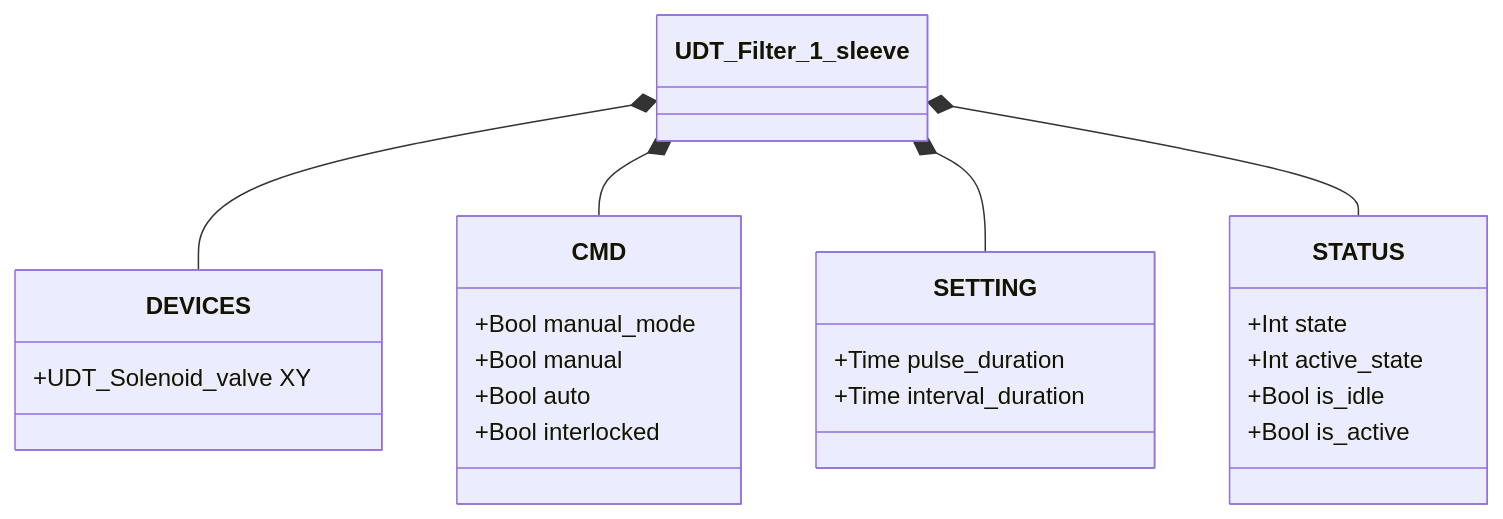
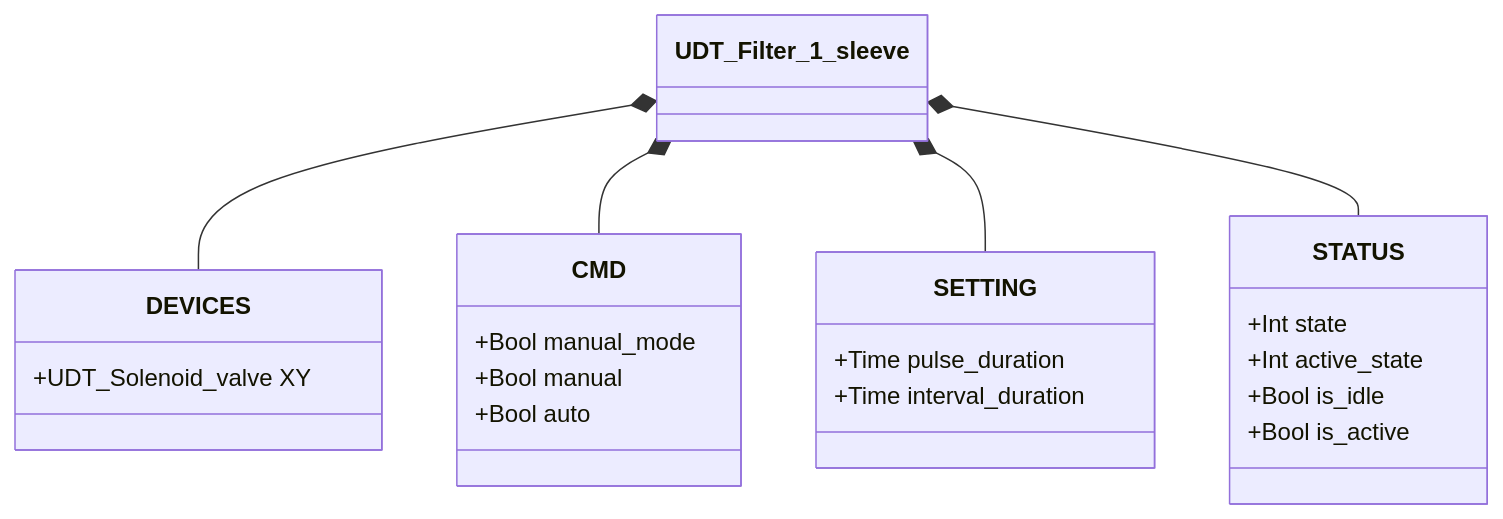
One commit to AleFire99/TIA_knowledge changed the first of 2 diagrams in docs/library/filters/1-sleeve/index.en.md. Above: the diagram before and after it, drawn with Mermaid. The commit also changed other lines of this file and 199 other files, not shown here.

````diff
--- a/docs/library/filters/1-sleeve/index.en.md
+++ b/docs/library/filters/1-sleeve/index.en.md
@@ -64,27 +63,26 @@
 ```mermaid
 classDiagram
     class UDT_Filter_1_sleeve
     class DEVICES {
         +UDT_Solenoid_valve XY
     }
     class CMD {
         +Bool manual_mode
         +Bool manual
         +Bool auto
-        +Bool interlocked
     }
     class SETTING {
         +Time pulse_duration
         +Time interval_duration
     }
     class STATUS {
         +Int state
         +Int active_state
         +Bool is_idle
         +Bool is_active
     }
     UDT_Filter_1_sleeve *-- DEVICES
     UDT_Filter_1_sleeve *-- CMD
     UDT_Filter_1_sleeve *-- SETTING
     UDT_Filter_1_sleeve *-- STATUS
 ```
````
